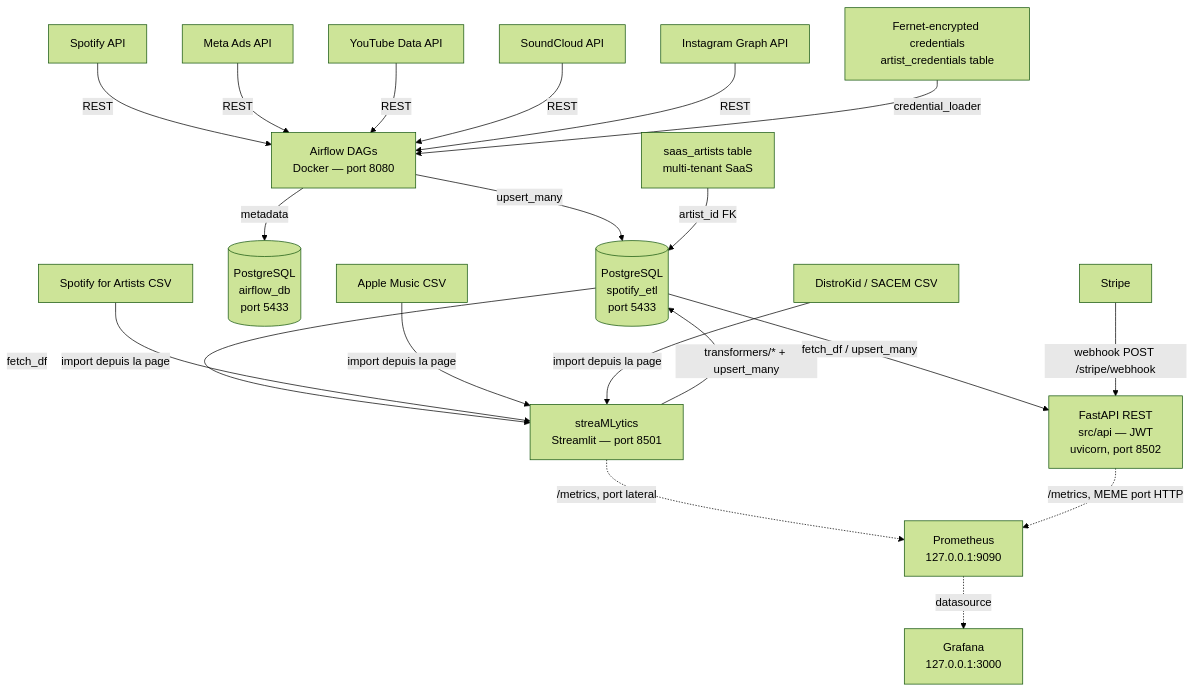
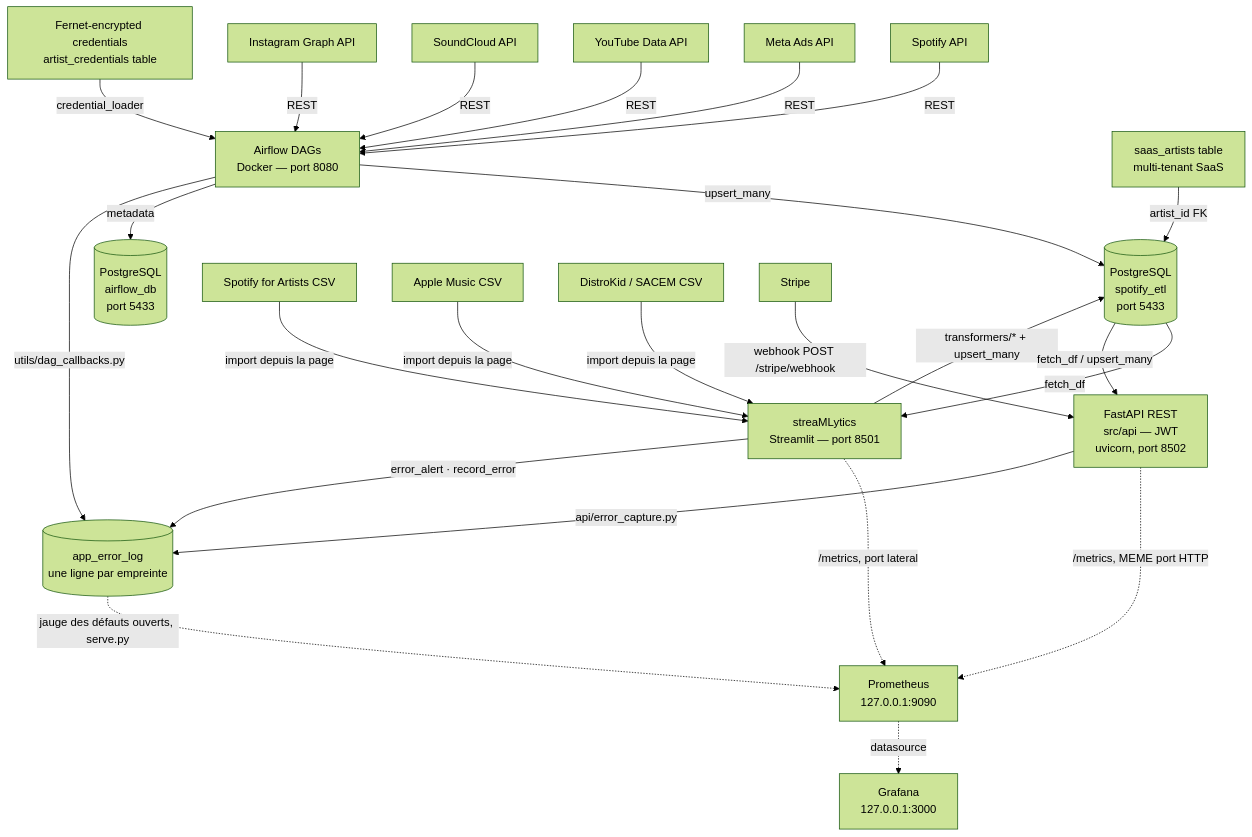
Before and after one commit to 1x7xxxxxxx/Dashboard_music_platform_algo_spotify: the first of 3 diagrams in .claude/dev-docs/architecture.md, drawn with Mermaid (forest theme). The commit also changed other lines of this file and 6 other files, not shown here.

````diff
--- a/.claude/dev-docs/architecture.md
+++ b/.claude/dev-docs/architecture.md
@@ -16,39 +16,47 @@
 ```mermaid
 graph TD
     A1[Spotify API] -->|REST| C
     A3[Meta Ads API] -->|REST| C
     A4[YouTube Data API] -->|REST| C
     A5[SoundCloud API] -->|REST| C
     A6[Instagram Graph API] -->|REST| C
 
     C[Airflow DAGs<br/>Docker — port 8080]
     C -->|upsert_many| D[(PostgreSQL<br/>spotify_etl<br/>port 5433)]
     C -->|metadata| E[(PostgreSQL<br/>airflow_db<br/>port 5433)]
 
     %% Les services 8501 et 8502 sont ceux de la PRODUCTION (docker-compose.example.yml,
     %% `dashboard:` et `api:`) ; le docker-compose.yml local ne porte que postgres et
     %% Airflow — en local, le dashboard se lance à la main (`make dashboard`).
     D -->|fetch_df| F[streaMLytics<br/>Streamlit — port 8501]
 
     %% Les CSV n'entrent PAS par Airflow. Les 4 `*_csv_watcher` ont ete supprimes le
     %% 2026-09-04 (ADR-014) ; l'import se fait depuis la page du dashboard, qui garde
     %% le fichier 14 jours. Ce diagramme les routait encore vers Airflow le
     %% 2026-09-18, alors que la prose du meme fichier (l. 117-122) annoncait la
     %% correction comme FAITE : elle n'avait touche que la prose.
     A2[Spotify for Artists CSV] -->|import depuis la page| F
     A7[Apple Music CSV] -->|import depuis la page| F
     A8[DistroKid / SACEM CSV] -->|import depuis la page| F
     F -->|transformers/* + upsert_many| D
 
     D -->|fetch_df / upsert_many| I[FastAPI REST<br/>src/api — JWT<br/>uvicorn, port 8502]
     A9[Stripe] -->|webhook POST /stripe/webhook| I
 
     G[Fernet-encrypted credentials<br/>artist_credentials table] -->|credential_loader| C
     H[saas_artists table<br/>multi-tenant SaaS] -->|artist_id FK| D
 
     %% Profil `observability` de deploy/docker-compose.observability.yml — ARRETE par
     %% defaut, adopte par ADR-026 pour surveiller les declencheurs d'ADR-002/007/014.
     F -.->|/metrics, port lateral| P[Prometheus<br/>127.0.0.1:9090]
     I -.->|/metrics, MEME port HTTP| P
     P -.->|datasource| GR[Grafana<br/>127.0.0.1:3000]
+
+    %% R265 (2026-09-28) — le registre des défauts a TROIS producteurs, plus un : le
+    %% dashboard le nourrissait seul, et une panne d'API ou de DAG ne laissait qu'un mail.
+    ERR[(app_error_log<br/>une ligne par empreinte)]
+    F -->|error_alert · record_error| ERR
+    I -->|api/error_capture.py| ERR
+    C -->|utils/dag_callbacks.py| ERR
+    ERR -.->|jauge des défauts ouverts, serve.py| P
 ```
````
